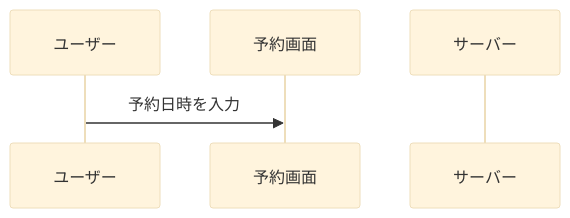
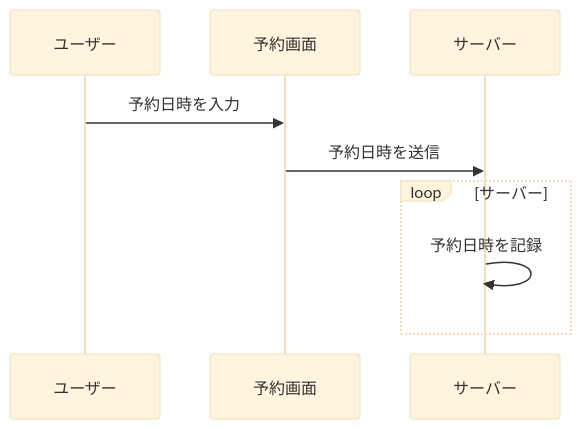
One commit to tpu-game-2022/mermaid_test changed the second of 2 diagrams in README.md. Above: the diagram before and after it, drawn with Mermaid (base theme).

````diff
--- a/README.md
+++ b/README.md
@@ -43,8 +43,11 @@
 ```mermaid
 sequenceDiagram
  participant ユーザー
  participant 予約画面
  participant サーバー
  ユーザー->> 予約画面:予約日時を入力
- 
+ 予約画面->> サーバー:予約日時を送信
+ loop サーバー
+ サーバー->> サーバー:予約日時を記録
+ end
 ```
````
